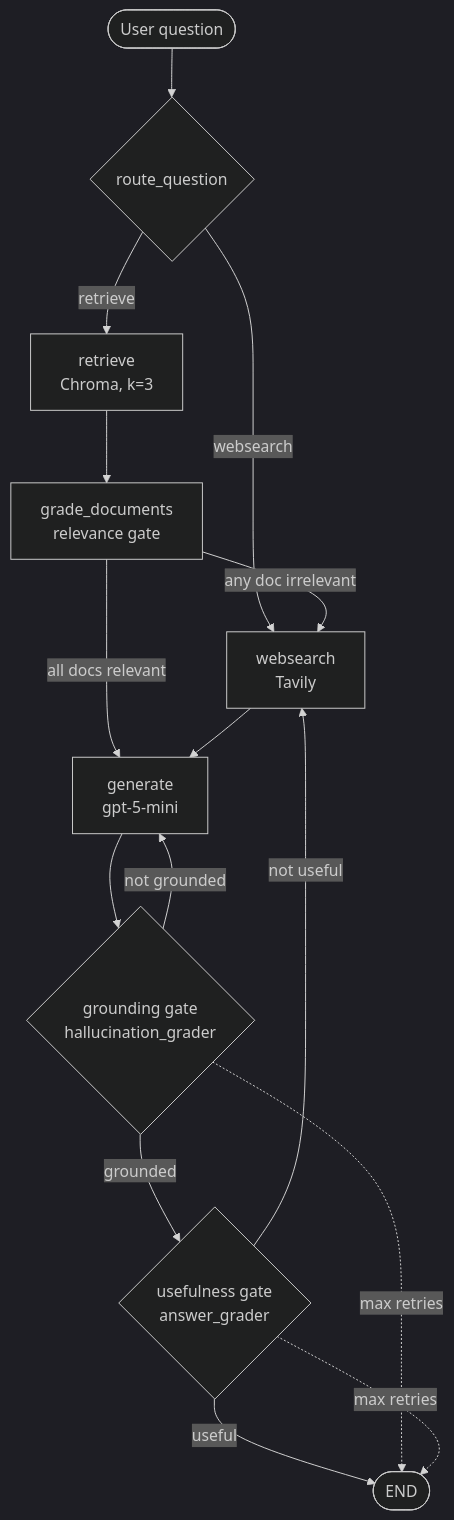
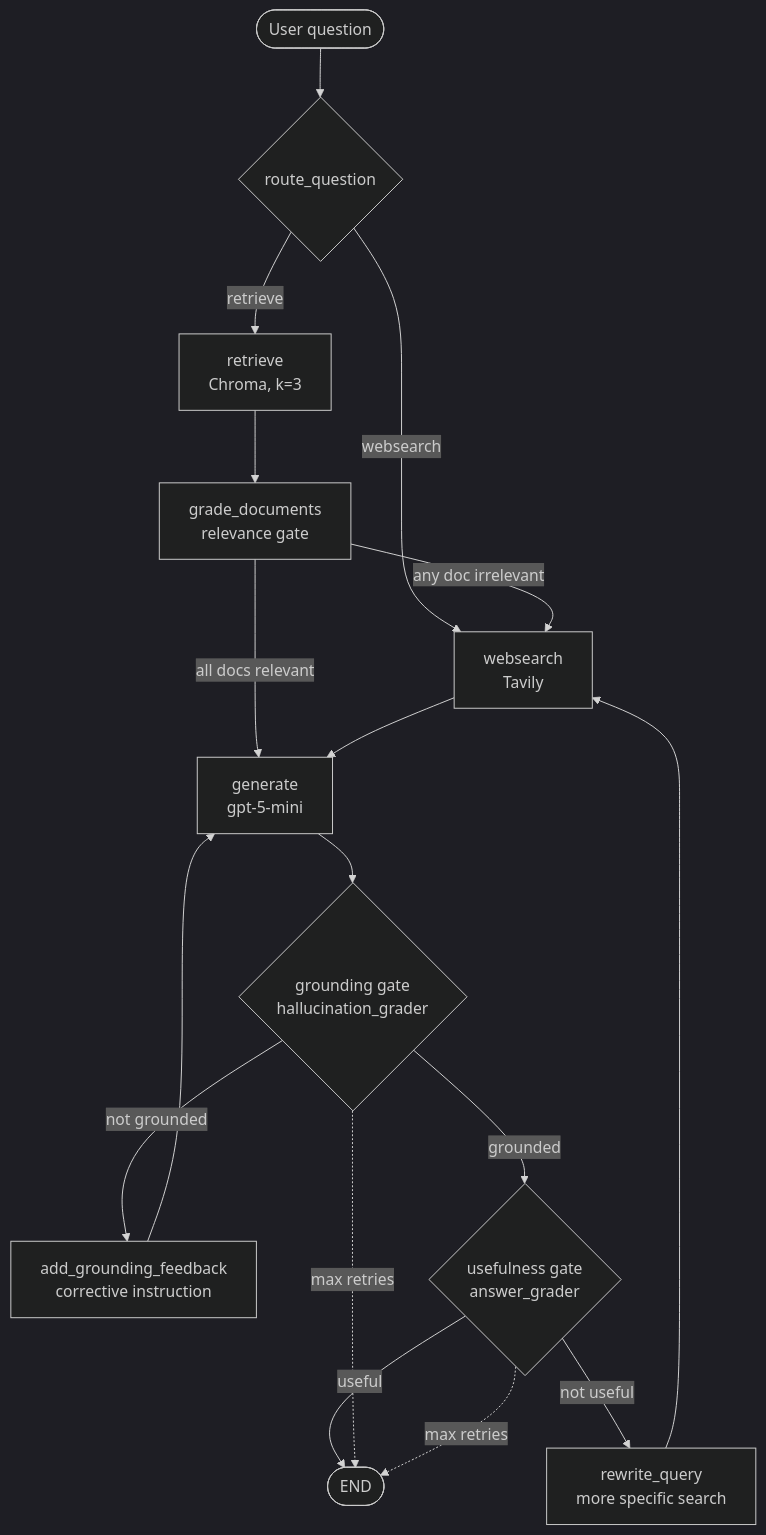
The diagram in README.md (rhenus-Q/Enterprise-Office-Agent), drawn with Mermaid (dark theme) before and after one commit. The commit also changed other lines of this file and 19 other files, not shown here.

Commit message:
Add meaningful retries and update architecture docs

````diff
--- a/README.md
+++ b/README.md
@@ -24,20 +25,22 @@
 ```mermaid
 flowchart TD
     Q([User question]) --> ROUTE{route_question}
 
     ROUTE -- "websearch" --> WS[websearch<br/>Tavily]
     ROUTE -- "retrieve" --> RET[retrieve<br/>Chroma, k=3]
 
     RET --> GD[grade_documents<br/>relevance gate]
     GD -- "all docs relevant" --> GEN[generate<br/>gpt-5-mini]
     GD -- "any doc irrelevant" --> WS
     WS --> GEN
 
     GEN --> HG{grounding gate<br/>hallucination_grader}
-    HG -- "not grounded" --> GEN
+    HG -- "not grounded" --> FB[add_grounding_feedback<br/>corrective instruction]
+    FB --> GEN
     HG -- "grounded" --> AG{usefulness gate<br/>answer_grader}
     AG -- "useful" --> E([END])
-    AG -- "not useful" --> WS
+    AG -- "not useful" --> RW[rewrite_query<br/>more specific search]
+    RW --> WS
     HG -. "max retries" .-> E
     AG -. "max retries" .-> E
 ```
````
